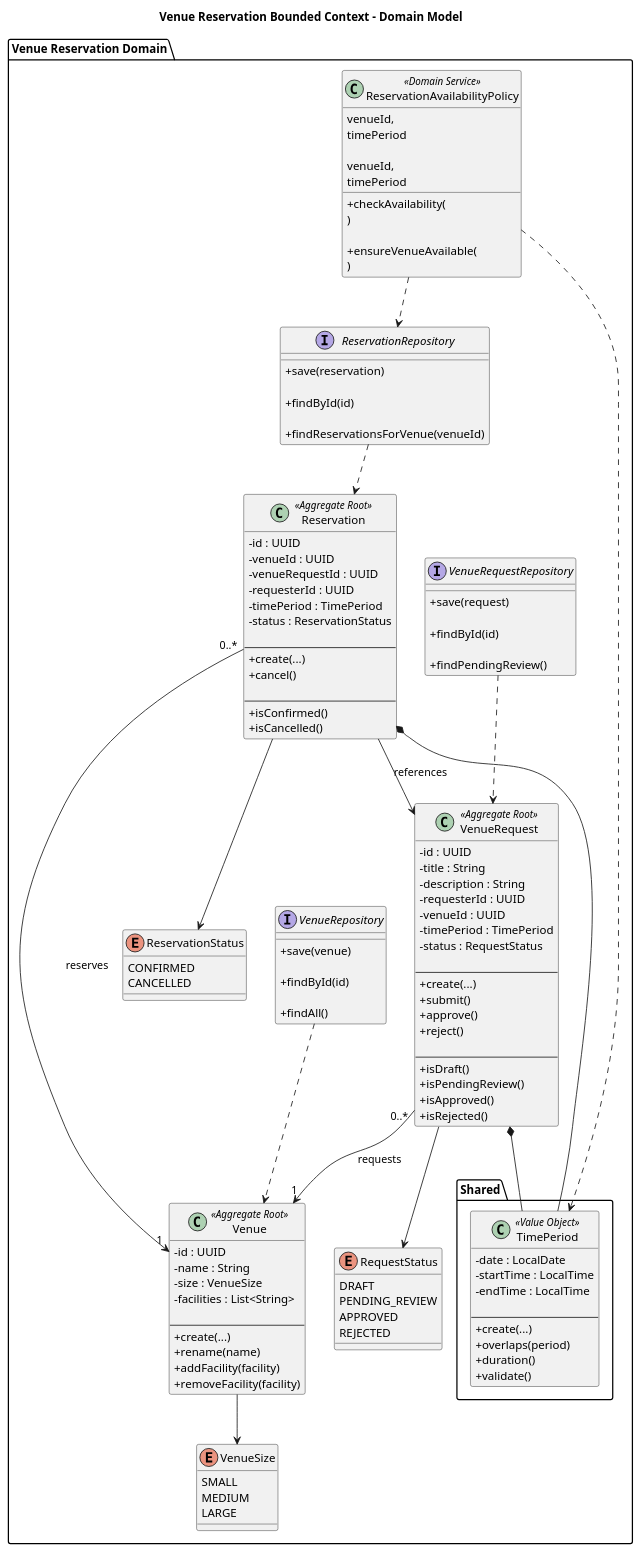
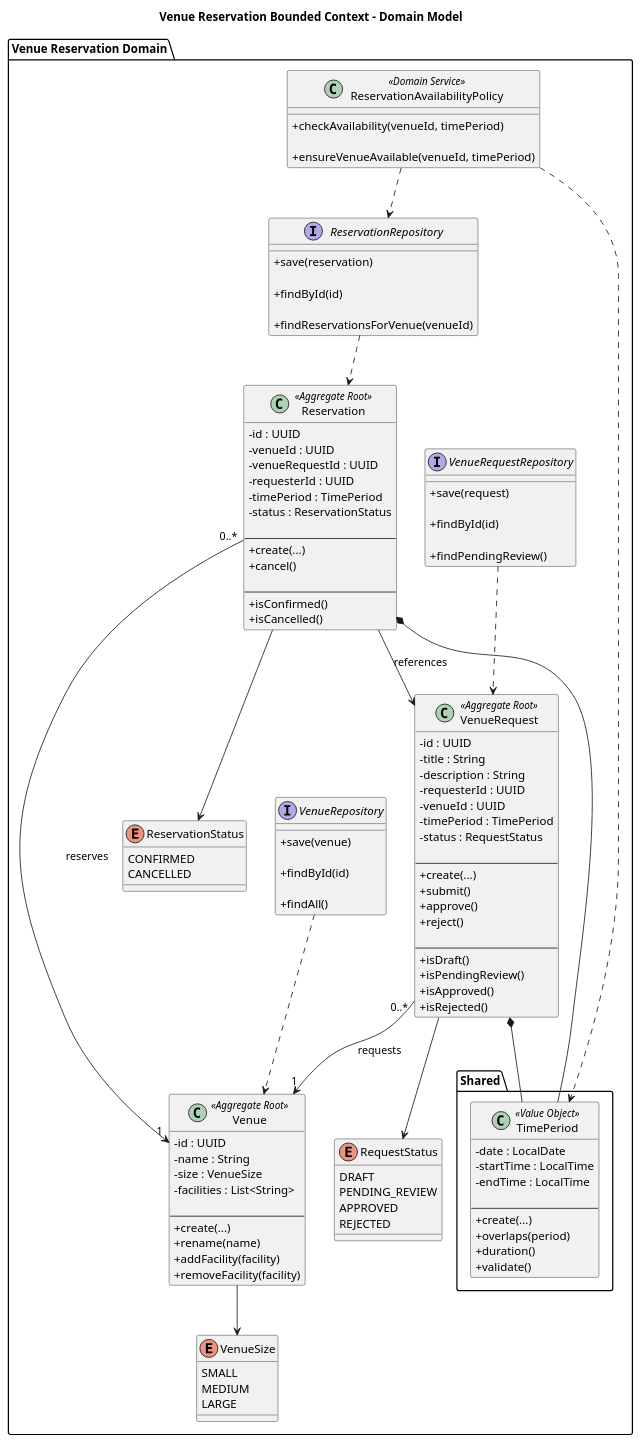
Before and after one commit to mirukibs/Venue-Request: the diagram in documentation/VenueReservation.puml, drawn with PlantUML. The commit also changed 1 other file, not shown here.

Commit message:
fix: fixed the ReservationAvailabilityPolicy.
- Removed unwanted attributes and added missing parameters

```diff
--- a/documentation/VenueReservation.puml
+++ b/documentation/VenueReservation.puml
@@ -1,183 +1,177 @@
 @startuml
 title Venue Reservation Bounded Context - Domain Model
 
 skinparam classAttributeIconSize 0
 
 package "Venue Reservation Domain" {
 
 '====================================================
 ' Aggregate Roots
 '====================================================
 
 class VenueRequest <<Aggregate Root>> {
     - id : UUID
     - title : String
     - description : String
     - requesterId : UUID
     - venueId : UUID
     - timePeriod : TimePeriod
     - status : RequestStatus
 
     --
     + create(...)
     + submit()
     + approve()
     + reject()
 
     --
     + isDraft()
     + isPendingReview()
     + isApproved()
     + isRejected()
 }
 
 class Reservation <<Aggregate Root>> {
     - id : UUID
     - venueId : UUID
     - venueRequestId : UUID
     - requesterId : UUID
     - timePeriod : TimePeriod
     - status : ReservationStatus
 
     --
     + create(...)
     + cancel()
 
     --
     + isConfirmed()
     + isCancelled()
 }
 
 class Venue <<Aggregate Root>> {
     - id : UUID
     - name : String
     - size : VenueSize
     - facilities : List<String>
 
     --
     + create(...)
     + rename(name)
     + addFacility(facility)
     + removeFacility(facility)
 }
 
 '====================================================
 ' Shared Value Objects
 '====================================================
 
 package "Shared" {
 
 class TimePeriod <<Value Object>> {
     - date : LocalDate
     - startTime : LocalTime
     - endTime : LocalTime
 
     --
     + create(...)
     + overlaps(period)
     + duration()
     + validate()
 }
 
 }
 
 '====================================================
 ' Enumerations
 '====================================================
 
 enum RequestStatus {
     DRAFT
     PENDING_REVIEW
     APPROVED
     REJECTED
 }
 
 enum ReservationStatus {
     CONFIRMED
     CANCELLED
 }
 
 enum VenueSize {
     SMALL
     MEDIUM
     LARGE
 }
 
 '====================================================
 ' Domain Service
 '====================================================
 
 class ReservationAvailabilityPolicy <<Domain Service>> {
 
-    + checkAvailability(
-        venueId,
-        timePeriod
-    )
+    + checkAvailability(venueId, timePeriod)
 
-    + ensureVenueAvailable(
-        venueId,
-        timePeriod
-    )
+    + ensureVenueAvailable(venueId, timePeriod)
 }
 
 '====================================================
 ' Repository Interfaces
 '====================================================
 
 interface VenueRequestRepository {
 
     + save(request)
 
     + findById(id)
 
     + findPendingReview()
 
 }
 
 interface ReservationRepository {
 
     + save(reservation)
 
     + findById(id)
 
     + findReservationsForVenue(venueId)
 
 }
 
 interface VenueRepository {
 
     + save(venue)
 
     + findById(id)
 
     + findAll()
 
 }
 
 }
 
 '====================================================
 ' Relationships
 '====================================================
 
 VenueRequest *-- TimePeriod
 Reservation *-- TimePeriod
 
 Venue --> VenueSize
 
 VenueRequest --> RequestStatus
 Reservation --> ReservationStatus
 
 VenueRequest "0..*" --> "1" Venue : requests
 Reservation "0..*" --> "1" Venue : reserves
 
 Reservation --> VenueRequest : references
 
 ReservationAvailabilityPolicy ..> ReservationRepository
 ReservationAvailabilityPolicy ..> TimePeriod
 
 VenueRequestRepository ..> VenueRequest
 ReservationRepository ..> Reservation
 VenueRepository ..> Venue
 
 @enduml
```
